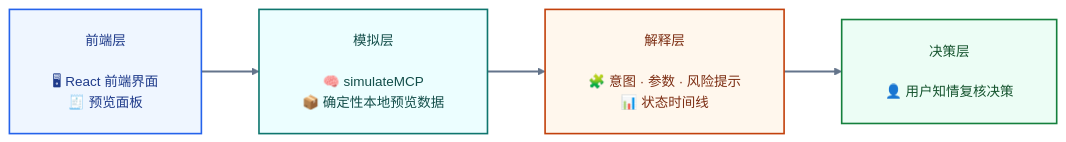
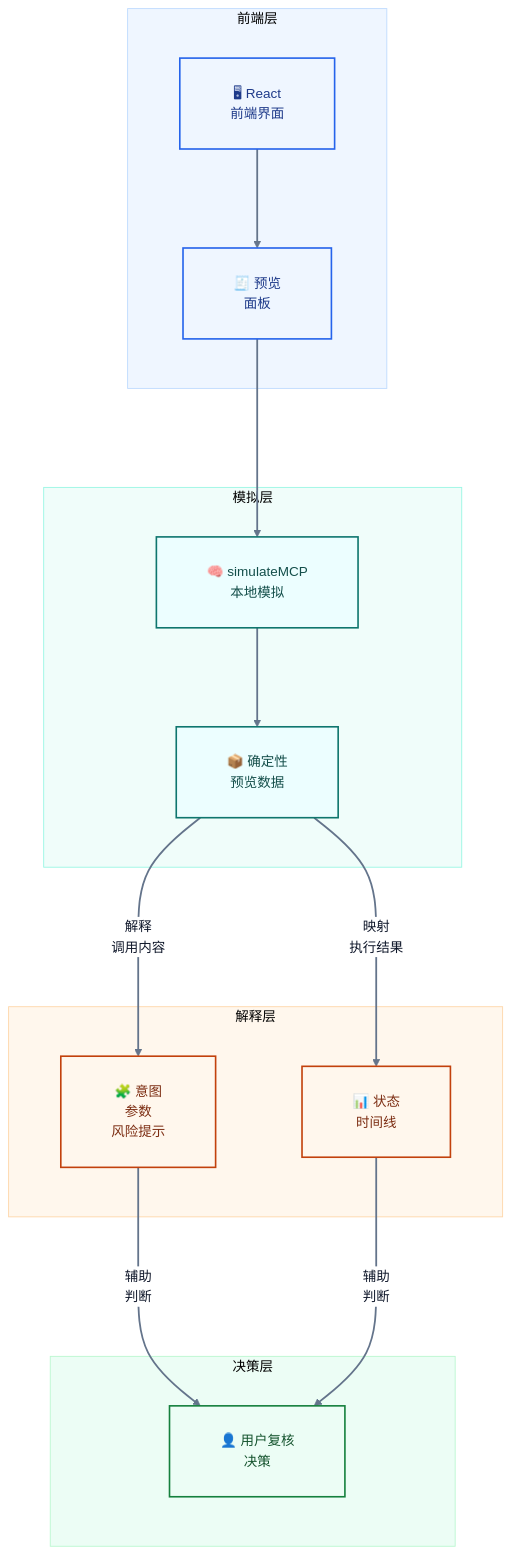
One commit to sunshineluyao/Moss-Mcp-Transaction changed the eighth of 8 diagrams in README.md. Above: the diagram before and after it, drawn with Mermaid. The commit also changed other lines of this file, not shown here.

First line of the commit message:
Revert "Merge pull request #7 from sunshineluyao/codex/fix-text-visibility-in-mermaid-diagrams"

````diff
--- a/README.md
+++ b/README.md
@@ -672,20 +755,39 @@
 ```mermaid
-%%{init: {'theme':'base','flowchart': {'htmlLabels': true, 'nodeSpacing': 48, 'rankSpacing': 64, 'curve': 'linear', 'padding': 24, 'diagramPadding': 16, 'wrappingWidth': 220},'themeVariables': {'fontFamily':'Inter, Segoe UI, sans-serif','fontSize':'15px','primaryTextColor':'#0f172a','lineColor':'#64748b','clusterBkg':'#f8fafc','clusterBorder':'#cbd5e1','edgeLabelBackground':'#ffffff','primaryBorderColor':'#2563eb','primaryColor':'#eff6ff'}}}%%
-flowchart LR
-  Frontend["前端层<br/><br/>🖥 React 前端界面<br/>🧾 预览面板"]
-  Simulation["模拟层<br/><br/>🧠 simulateMCP<br/>📦 确定性本地预览数据"]
-  Explanation["解释层<br/><br/>🧩 意图 · 参数 · 风险提示<br/>📊 状态时间线"]
-  Decision["决策层<br/><br/>👤 用户知情复核决策"]
+%%{init: {'theme':'base','flowchart': {'htmlLabels': true, 'nodeSpacing': 96, 'rankSpacing': 110, 'curve': 'basis', 'padding': 28, 'diagramPadding': 24, 'wrappingWidth': 260},'themeVariables': {'fontFamily':'Inter, Segoe UI, sans-serif','fontSize':'15px','primaryTextColor':'#0f172a','lineColor':'#64748b','clusterBkg':'#f8fafc','clusterBorder':'#cbd5e1','edgeLabelBackground':'#ffffff','primaryBorderColor':'#2563eb','primaryColor':'#eff6ff'}}}%%
+flowchart TB
+  subgraph L1[前端层]
+    UI["🖥 React<br/>前端界面"] --> Preview["🧾 预览<br/>面板"]
+  end
 
-  Frontend --> Simulation --> Explanation --> Decision
+  subgraph L2[模拟层]
+    Engine["🧠 simulateMCP<br/>本地模拟"] --> Data["📦 确定性<br/>预览数据"]
+  end
+
+  subgraph L3[解释层]
+    Cards["🧩 意图<br/>参数<br/>风险提示"]
+    Timeline["📊 状态<br/>时间线"]
+  end
+
+  subgraph L4[决策层]
+    User["👤 用户复核<br/>决策"]
+  end
+
+  Preview --> Engine
+  Data -->|解释<br/>调用内容| Cards -->|辅助<br/>判断| User
+  Data -->|映射<br/>执行结果| Timeline -->|辅助<br/>判断| User
 
   classDef frontend fill:#eff6ff,stroke:#2563eb,stroke-width:1.8px,color:#1e3a8a;
   classDef sim fill:#ecfeff,stroke:#0f766e,stroke-width:1.8px,color:#134e4a;
   classDef explain fill:#fff7ed,stroke:#c2410c,stroke-width:1.8px,color:#7c2d12;
   classDef decision fill:#ecfdf5,stroke:#15803d,stroke-width:1.8px,color:#14532d;
-  class Frontend frontend;
-  class Simulation sim;
-  class Explanation explain;
-  class Decision decision;
+
+  class UI,Preview frontend;
+  class Engine,Data sim;
+  class Cards,Timeline explain;
+  class User decision;
+  style L1 fill:#eff6ff,stroke:#bfdbfe,stroke-width:1px
+  style L2 fill:#f0fdfa,stroke:#99f6e4,stroke-width:1px
+  style L3 fill:#fff7ed,stroke:#fed7aa,stroke-width:1px
+  style L4 fill:#ecfdf5,stroke:#bbf7d0,stroke-width:1px
   linkStyle default stroke:#64748b,stroke-width:2px;
 ```
````
